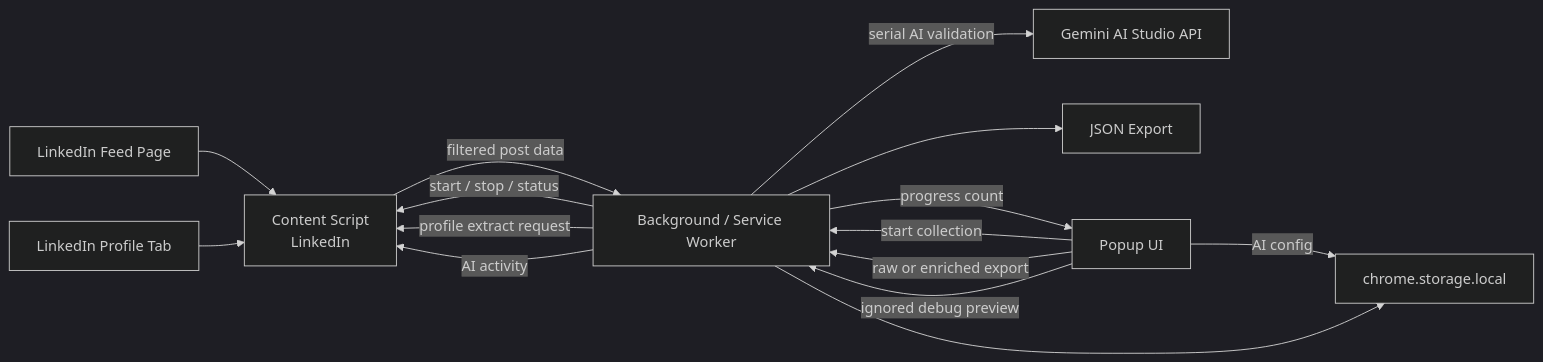
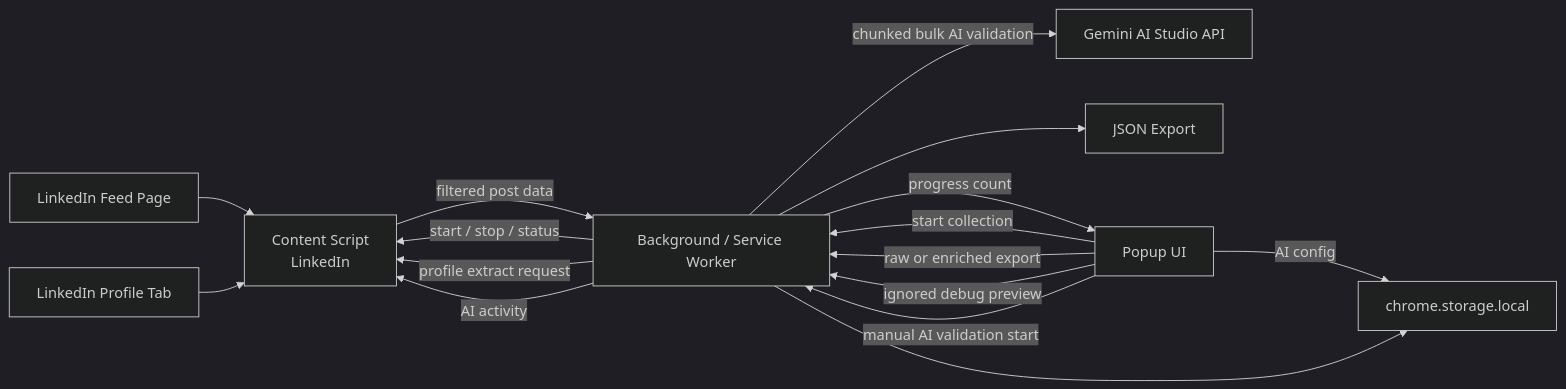
The diagram in docs/diagrams/extension-architecture.md (h-4vok/linkedin-post-gatherer), drawn with Mermaid (dark theme) before and after one commit. The commit also changed other lines of this file and 16 other files, not shown here.

Commit message:
AI Validation now runs as a bulk at the end of the process, manually triggered. This prevents 429 a lot, almost had none now.

````diff
--- a/docs/diagrams/extension-architecture.md
+++ b/docs/diagrams/extension-architecture.md
@@ -3,26 +3,27 @@
 ```mermaid
 flowchart LR
     LI[LinkedIn Feed Page]
     LP[LinkedIn Profile Tab]
     CS[Content Script<br/>LinkedIn]
     BG[Background / Service Worker]
     ST[chrome.storage.local]
     GS[Gemini AI Studio API]
     EX[JSON Export]
     UI[Popup UI]
 
     LI --> CS
     LP --> CS
     UI -->|start collection| BG
     UI -->|AI config| ST
     BG -->|start / stop / status| CS
     CS -->|filtered post data| BG
     UI -->|raw or enriched export| BG
     UI -->|ignored debug preview| BG
     BG -->|profile extract request| CS
-    BG -->|serial AI validation| GS
+    UI -->|manual AI validation start| BG
+    BG -->|chunked bulk AI validation| GS
     BG --> ST
     BG -->|progress count| UI
     BG -->|AI activity| CS
     BG --> EX
 ```
````
